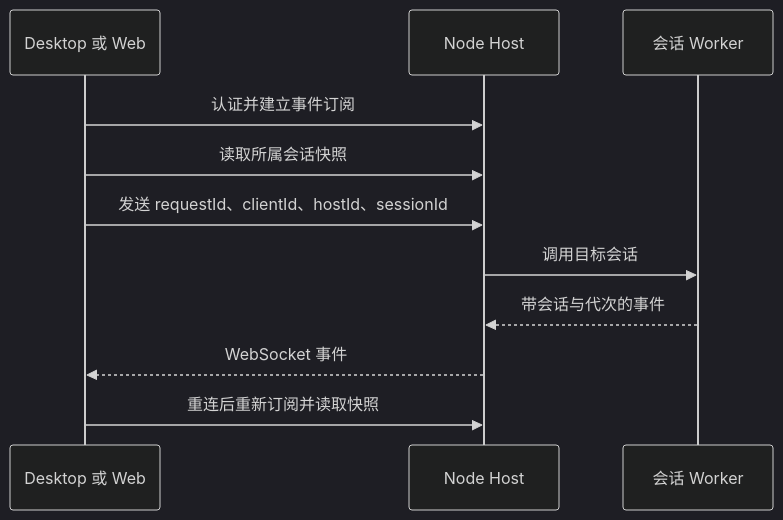
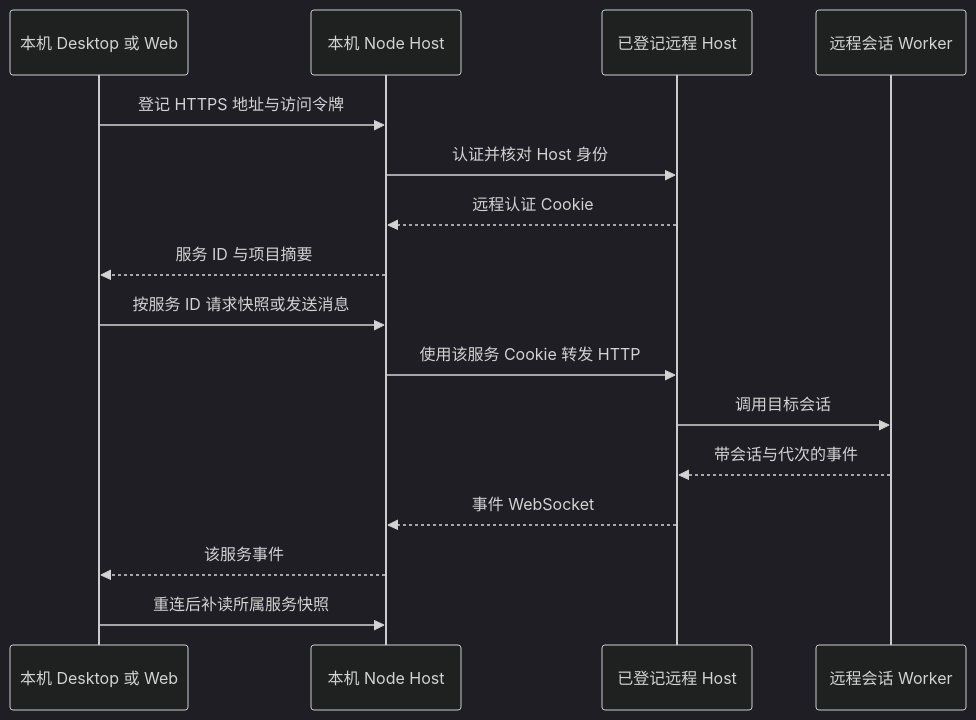
Before and after one commit to xidongdong-153/Pi-meme: the diagram in docs/remote.md, drawn with Mermaid. The commit also changed other lines of this file and 51 other files, not shown here.

````diff
--- a/docs/remote.md
+++ b/docs/remote.md
@@ -53,14 +57,19 @@
 ```mermaid
 %%{init: {"theme": "dark"}}%%
 sequenceDiagram
-  participant Client as Desktop 或 Web
-  participant Host as Node Host
-  participant Worker as 会话 Worker
-  Client->>Host: 认证并建立事件订阅
-  Client->>Host: 读取所属会话快照
-  Client->>Host: 发送 requestId、clientId、hostId、sessionId
-  Host->>Worker: 调用目标会话
-  Worker-->>Host: 带会话与代次的事件
-  Host-->>Client: WebSocket 事件
-  Client->>Host: 重连后重新订阅并读取快照
+  participant Client as 本机 Desktop 或 Web
+  participant Local as 本机 Node Host
+  participant Remote as 已登记远程 Host
+  participant Worker as 远程会话 Worker
+  Client->>Local: 登记 HTTPS 地址与访问令牌
+  Local->>Remote: 认证并核对 Host 身份
+  Remote-->>Local: 远程认证 Cookie
+  Local-->>Client: 服务 ID 与项目摘要
+  Client->>Local: 按服务 ID 请求快照或发送消息
+  Local->>Remote: 使用该服务 Cookie 转发 HTTP
+  Remote->>Worker: 调用目标会话
+  Worker-->>Remote: 带会话与代次的事件
+  Remote-->>Local: 事件 WebSocket
+  Local-->>Client: 该服务事件
+  Client->>Local: 重连后补读所属服务快照
 ```
````
